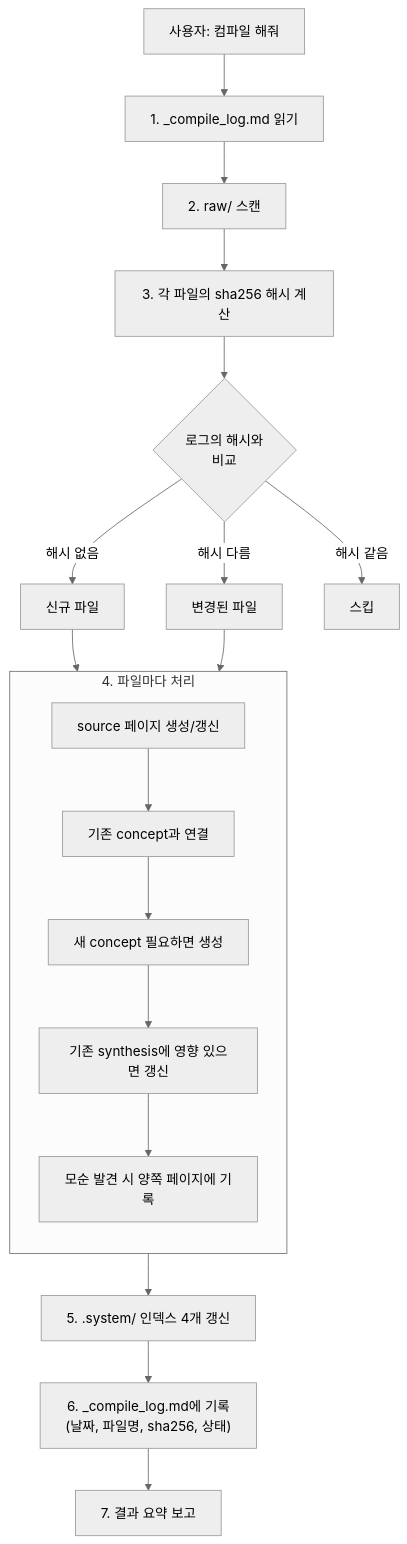
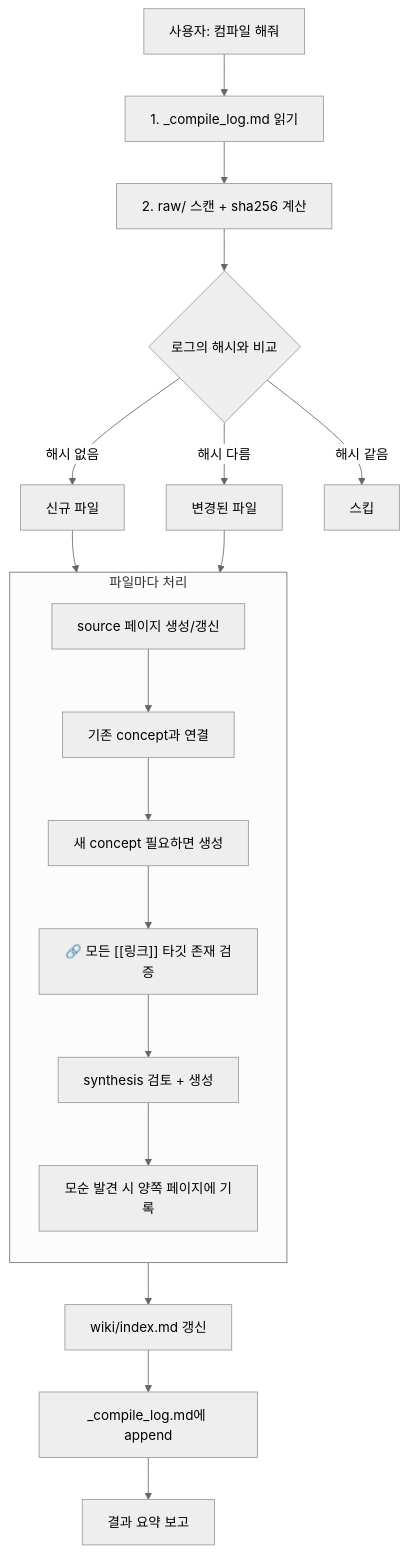
One commit to bjw202/Vault changed the fourth of 10 diagrams in docs/vault-system-guide.md. Above: the diagram before and after it, drawn with Mermaid (neutral theme). The commit also changed other lines of this file and 6 other files, not shown here.

````diff
--- a/docs/vault-system-guide.md
+++ b/docs/vault-system-guide.md
@@ -122,28 +132,28 @@
 ```mermaid
 flowchart TB
     START["사용자: 컴파일 해줘"] --> READ_LOG["1. _compile_log.md 읽기"]
-    READ_LOG --> SCAN["2. raw/ 스캔"]
-    SCAN --> HASH["3. 각 파일의 sha256 해시 계산"]
-    HASH --> COMPARE{"로그의 해시와<br/>비교"}
+    READ_LOG --> SCAN["2. raw/ 스캔 + sha256 계산"]
+    SCAN --> COMPARE{"로그의 해시와 비교"}
 
     COMPARE -->|"해시 없음"| NEW["신규 파일"]
     COMPARE -->|"해시 다름"| CHANGED["변경된 파일"]
     COMPARE -->|"해시 같음"| SKIP["스킵"]
 
     NEW --> PROCESS
     CHANGED --> PROCESS
 
-    subgraph PROCESS["4. 파일마다 처리"]
+    subgraph PROCESS["파일마다 처리"]
         direction TB
         P1["source 페이지 생성/갱신"]
         P2["기존 concept과 연결"]
         P3["새 concept 필요하면 생성"]
-        P4["기존 synthesis에 영향 있으면 갱신"]
-        P5["모순 발견 시 양쪽 페이지에 기록"]
-        P1 --> P2 --> P3 --> P4 --> P5
+        P4["🔗 모든 [[링크]] 타깃 존재 검증"]
+        P5["synthesis 검토 + 생성"]
+        P6["모순 발견 시 양쪽 페이지에 기록"]
+        P1 --> P2 --> P3 --> P4 --> P5 --> P6
     end
 
-    PROCESS --> INDEX["5. .system/ 인덱스 4개 갱신"]
-    INDEX --> LOG["6. _compile_log.md에 기록<br/>(날짜, 파일명, sha256, 상태)"]
-    LOG --> REPORT["7. 결과 요약 보고"]
+    PROCESS --> INDEX["wiki/index.md 갱신"]
+    INDEX --> LOG["_compile_log.md에 append"]
+    LOG --> REPORT["결과 요약 보고"]
 ```
````
